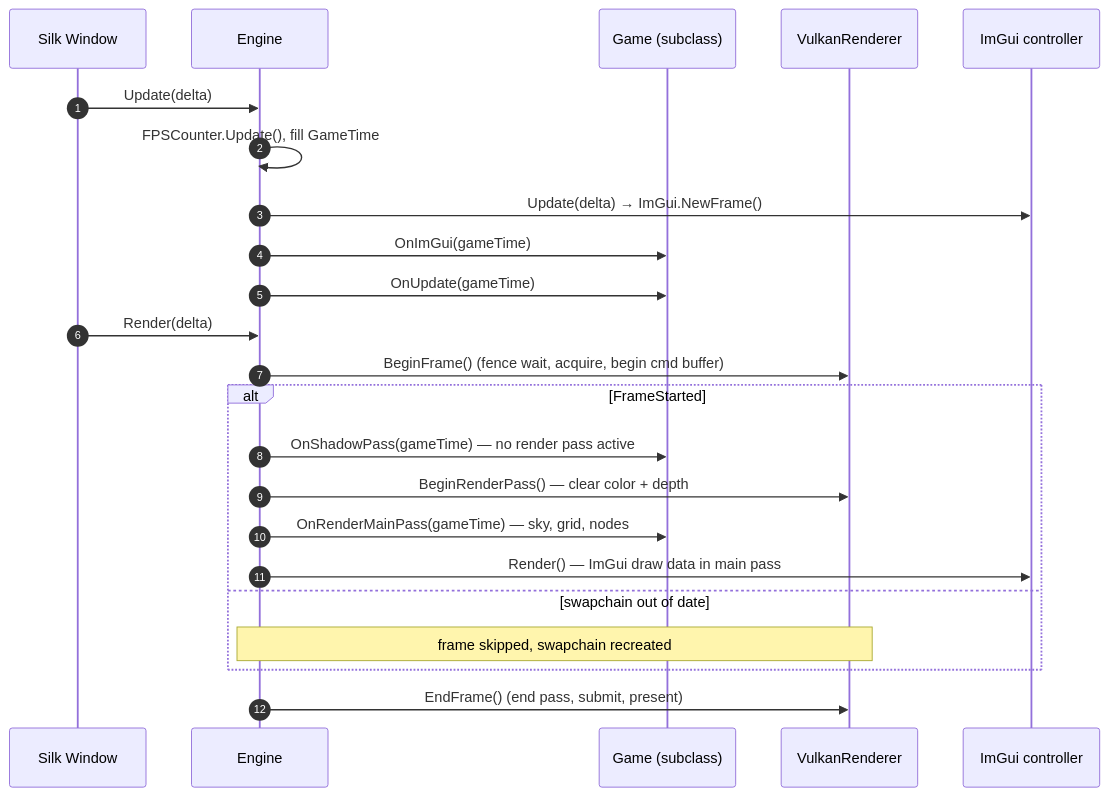
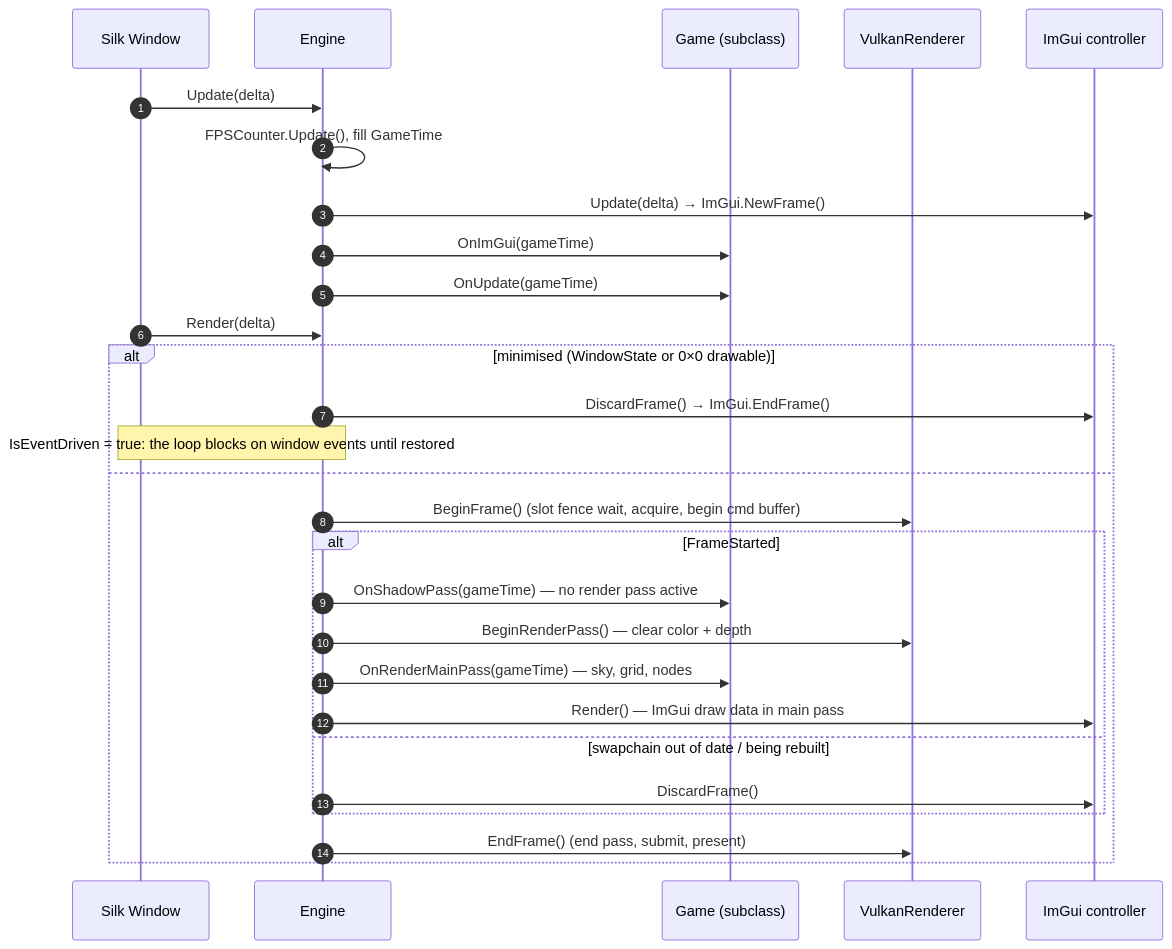
One commit to Mainframe-Games/mainframe-engine changed the diagram in docs/design/engine-lifecycle.md. Above: the diagram before and after it, drawn with Mermaid. The commit also changed other lines of this file and 14 other files, not shown here.

````diff
--- a/docs/design/engine-lifecycle.md
+++ b/docs/design/engine-lifecycle.md
@@ -64,27 +68,32 @@
 ```mermaid
 sequenceDiagram
     autonumber
     participant W as Silk Window
     participant E as Engine
     participant G as Game (subclass)
     participant R as VulkanRenderer
     participant I as ImGui controller
 
     W->>E: Update(delta)
     E->>E: FPSCounter.Update(), fill GameTime
     E->>I: Update(delta) → ImGui.NewFrame()
     E->>G: OnImGui(gameTime)
     E->>G: OnUpdate(gameTime)
 
     W->>E: Render(delta)
-    E->>R: BeginFrame() (fence wait, acquire, begin cmd buffer)
-    alt FrameStarted
-        E->>G: OnShadowPass(gameTime) — no render pass active
-        E->>R: BeginRenderPass() — clear color + depth
-        E->>G: OnRenderMainPass(gameTime) — sky, grid, nodes
-        E->>I: Render() — ImGui draw data in main pass
-    else swapchain out of date
-        Note over E,R: frame skipped, swapchain recreated
+    alt minimised (WindowState or 0×0 drawable)
+        E->>I: DiscardFrame() → ImGui.EndFrame()
+        Note over E,W: IsEventDriven = true: the loop blocks on window events until restored
+    else
+        E->>R: BeginFrame() (slot fence wait, acquire, begin cmd buffer)
+        alt FrameStarted
+            E->>G: OnShadowPass(gameTime) — no render pass active
+            E->>R: BeginRenderPass() — clear color + depth
+            E->>G: OnRenderMainPass(gameTime) — sky, grid, nodes
+            E->>I: Render() — ImGui draw data in main pass
+        else swapchain out of date / being rebuilt
+            E->>I: DiscardFrame()
+        end
+        E->>R: EndFrame() (end pass, submit, present)
     end
-    E->>R: EndFrame() (end pass, submit, present)
 ```
````
